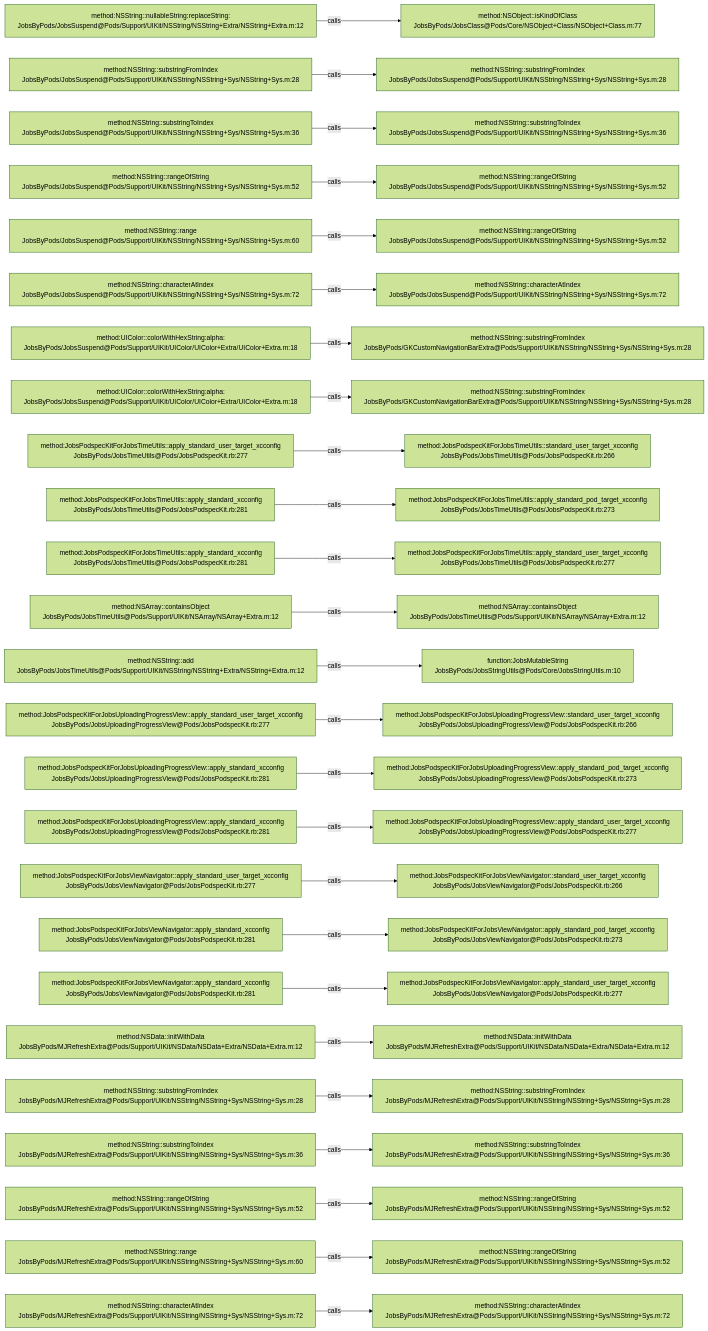
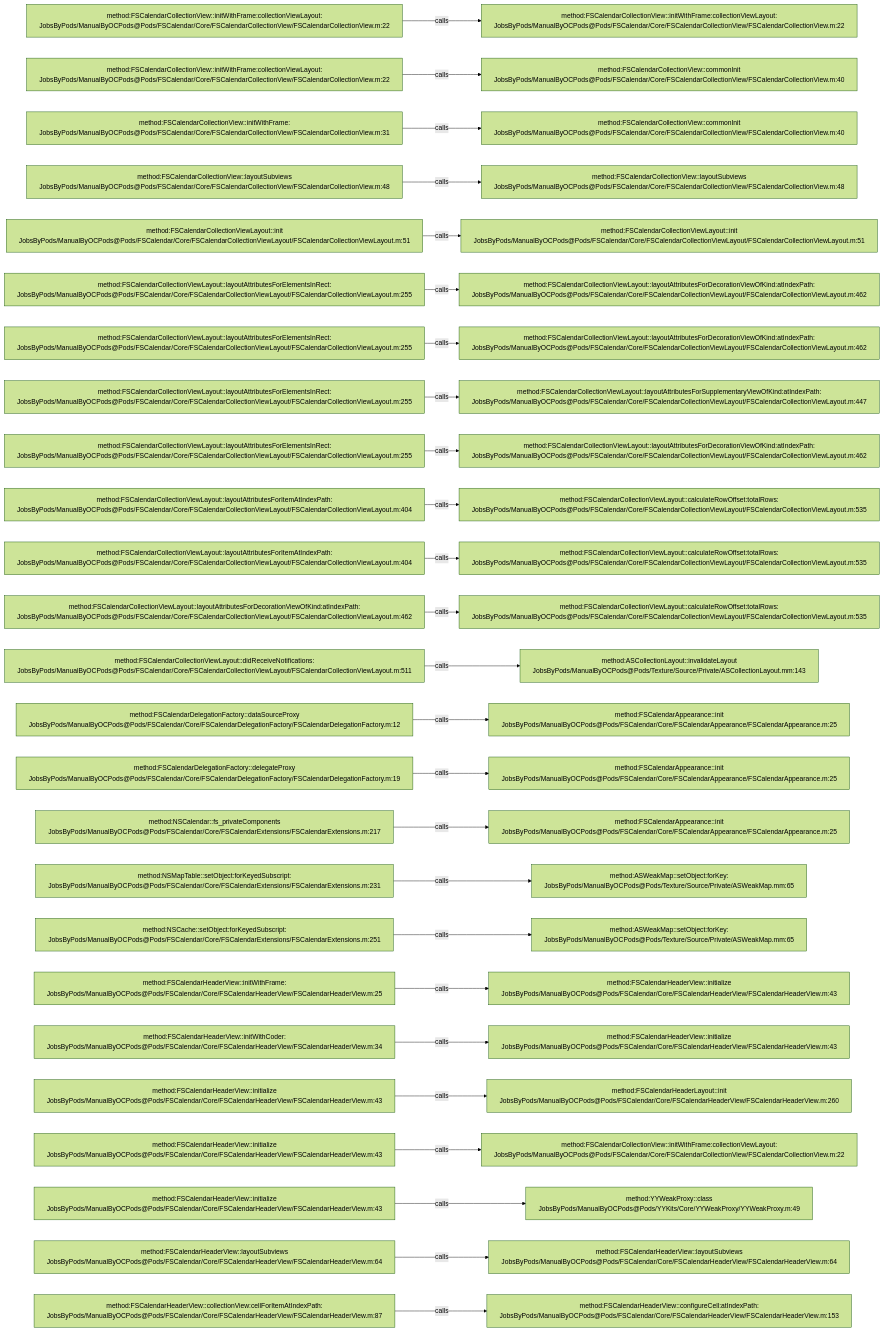
Before and after one commit to JobsKits/JobsOCBaseConfigDemo: the diagram in .codegraph/codegraph.md/graphs/calls-016.md, drawn with Mermaid (forest theme). The commit also changed 1353 other files, not shown here.

````diff
--- a/.codegraph/codegraph.md/graphs/calls-016.md
+++ b/.codegraph/codegraph.md/graphs/calls-016.md
@@ -13,78 +13,78 @@
 ```mermaid
 flowchart LR
-  S1["method:NSString::nullableString:replaceString:<br/>JobsByPods/JobsSuspend@Pods/Support/UIKit/NSString/NSString+Extra/NSString+Extra.m:12"]
-  T1["method:NSObject::isKindOfClass<br/>JobsByPods/JobsClass@Pods/Core/NSObject+Class/NSObject+Class.m:77"]
+  S1["method:FSCalendarCollectionView::initWithFrame:collectionViewLayout:<br/>JobsByPods/ManualByOCPods@Pods/FSCalendar/Core/FSCalendarCollectionView/FSCalendarCollectionView.m:22"]
+  T1["method:FSCalendarCollectionView::initWithFrame:collectionViewLayout:<br/>JobsByPods/ManualByOCPods@Pods/FSCalendar/Core/FSCalendarCollectionView/FSCalendarCollectionView.m:22"]
   S1 -->|calls| T1
-  S2["method:NSString::substringFromIndex<br/>JobsByPods/JobsSuspend@Pods/Support/UIKit/NSString/NSString+Sys/NSString+Sys.m:28"]
-  T2["method:NSString::substringFromIndex<br/>JobsByPods/JobsSuspend@Pods/Support/UIKit/NSString/NSString+Sys/NSString+Sys.m:28"]
+  S2["method:FSCalendarCollectionView::initWithFrame:collectionViewLayout:<br/>JobsByPods/ManualByOCPods@Pods/FSCalendar/Core/FSCalendarCollectionView/FSCalendarCollectionView.m:22"]
+  T2["method:FSCalendarCollectionView::commonInit<br/>JobsByPods/ManualByOCPods@Pods/FSCalendar/Core/FSCalendarCollectionView/FSCalendarCollectionView.m:40"]
   S2 -->|calls| T2
-  S3["method:NSString::substringToIndex<br/>JobsByPods/JobsSuspend@Pods/Support/UIKit/NSString/NSString+Sys/NSString+Sys.m:36"]
-  T3["method:NSString::substringToIndex<br/>JobsByPods/JobsSuspend@Pods/Support/UIKit/NSString/NSString+Sys/NSString+Sys.m:36"]
+  S3["method:FSCalendarCollectionView::initWithFrame:<br/>JobsByPods/ManualByOCPods@Pods/FSCalendar/Core/FSCalendarCollectionView/FSCalendarCollectionView.m:31"]
+  T3["method:FSCalendarCollectionView::commonInit<br/>JobsByPods/ManualByOCPods@Pods/FSCalendar/Core/FSCalendarCollectionView/FSCalendarCollectionView.m:40"]
   S3 -->|calls| T3
-  S4["method:NSString::rangeOfString<br/>JobsByPods/JobsSuspend@Pods/Support/UIKit/NSString/NSString+Sys/NSString+Sys.m:52"]
-  T4["method:NSString::rangeOfString<br/>JobsByPods/JobsSuspend@Pods/Support/UIKit/NSString/NSString+Sys/NSString+Sys.m:52"]
+  S4["method:FSCalendarCollectionView::layoutSubviews<br/>JobsByPods/ManualByOCPods@Pods/FSCalendar/Core/FSCalendarCollectionView/FSCalendarCollectionView.m:48"]
+  T4["method:FSCalendarCollectionView::layoutSubviews<br/>JobsByPods/ManualByOCPods@Pods/FSCalendar/Core/FSCalendarCollectionView/FSCalendarCollectionView.m:48"]
   S4 -->|calls| T4
-  S5["method:NSString::range<br/>JobsByPods/JobsSuspend@Pods/Support/UIKit/NSString/NSString+Sys/NSString+Sys.m:60"]
-  T5["method:NSString::rangeOfString<br/>JobsByPods/JobsSuspend@Pods/Support/UIKit/NSString/NSString+Sys/NSString+Sys.m:52"]
+  S5["method:FSCalendarCollectionViewLayout::init<br/>JobsByPods/ManualByOCPods@Pods/FSCalendar/Core/FSCalendarCollectionViewLayout/FSCalendarCollectionViewLayout.m:51"]
+  T5["method:FSCalendarCollectionViewLayout::init<br/>JobsByPods/ManualByOCPods@Pods/FSCalendar/Core/FSCalendarCollectionViewLayout/FSCalendarCollectionViewLayout.m:51"]
   S5 -->|calls| T5
-  S6["method:NSString::characterAtIndex<br/>JobsByPods/JobsSuspend@Pods/Support/UIKit/NSString/NSString+Sys/NSString+Sys.m:72"]
-  T6["method:NSString::characterAtIndex<br/>JobsByPods/JobsSuspend@Pods/Support/UIKit/NSString/NSString+Sys/NSString+Sys.m:72"]
+  S6["method:FSCalendarCollectionViewLayout::layoutAttributesForElementsInRect:<br/>JobsByPods/ManualByOCPods@Pods/FSCalendar/Core/FSCalendarCollectionViewLayout/FSCalendarCollectionViewLayout.m:255"]
+  T6["method:FSCalendarCollectionViewLayout::layoutAttributesForDecorationViewOfKind:atIndexPath:<br/>JobsByPods/ManualByOCPods@Pods/FSCalendar/Core/FSCalendarCollectionViewLayout/FSCalendarCollectionViewLayout.m:462"]
   S6 -->|calls| T6
-  S7["method:UIColor::colorWithHexString:alpha:<br/>JobsByPods/JobsSuspend@Pods/Support/UIKit/UIColor/UIColor+Extra/UIColor+Extra.m:18"]
-  T7["method:NSString::substringFromIndex<br/>JobsByPods/GKCustomNavigationBarExtra@Pods/Support/UIKit/NSString/NSString+Sys/NSString+Sys.m:28"]
+  S7["method:FSCalendarCollectionViewLayout::layoutAttributesForElementsInRect:<br/>JobsByPods/ManualByOCPods@Pods/FSCalendar/Core/FSCalendarCollectionViewLayout/FSCalendarCollectionViewLayout.m:255"]
+  T7["method:FSCalendarCollectionViewLayout::layoutAttributesForDecorationViewOfKind:atIndexPath:<br/>JobsByPods/ManualByOCPods@Pods/FSCalendar/Core/FSCalendarCollectionViewLayout/FSCalendarCollectionViewLayout.m:462"]
   S7 -->|calls| T7
-  S8["method:UIColor::colorWithHexString:alpha:<br/>JobsByPods/JobsSuspend@Pods/Support/UIKit/UIColor/UIColor+Extra/UIColor+Extra.m:18"]
-  T8["method:NSString::substringFromIndex<br/>JobsByPods/GKCustomNavigationBarExtra@Pods/Support/UIKit/NSString/NSString+Sys/NSString+Sys.m:28"]
+  S8["method:FSCalendarCollectionViewLayout::layoutAttributesForElementsInRect:<br/>JobsByPods/ManualByOCPods@Pods/FSCalendar/Core/FSCalendarCollectionViewLayout/FSCalendarCollectionViewLayout.m:255"]
+  T8["method:FSCalendarCollectionViewLayout::layoutAttributesForSupplementaryViewOfKind:atIndexPath:<br/>JobsByPods/ManualByOCPods@Pods/FSCalendar/Core/FSCalendarCollectionViewLayout/FSCalendarCollectionViewLayout.m:447"]
   S8 -->|calls| T8
-  S9["method:JobsPodspecKitForJobsTimeUtils::apply_standard_user_target_xcconfig<br/>JobsByPods/JobsTimeUtils@Pods/JobsPodspecKit.rb:277"]
-  T9["method:JobsPodspecKitForJobsTimeUtils::standard_user_target_xcconfig<br/>JobsByPods/JobsTimeUtils@Pods/JobsPodspecKit.rb:266"]
+  S9["method:FSCalendarCollectionViewLayout::layoutAttributesForElementsInRect:<br/>JobsByPods/ManualByOCPods@Pods/FSCalendar/Core/FSCalendarCollectionViewLayout/FSCalendarCollectionViewLayout.m:255"]
+  T9["method:FSCalendarCollectionViewLayout::layoutAttributesForDecorationViewOfKind:atIndexPath:<br/>JobsByPods/ManualByOCPods@Pods/FSCalendar/Core/FSCalendarCollectionViewLayout/FSCalendarCollectionViewLayout.m:462"]
   S9 -->|calls| T9
-  S10["method:JobsPodspecKitForJobsTimeUtils::apply_standard_xcconfig<br/>JobsByPods/JobsTimeUtils@Pods/JobsPodspecKit.rb:281"]
-  T10["method:JobsPodspecKitForJobsTimeUtils::apply_standard_pod_target_xcconfig<br/>JobsByPods/JobsTimeUtils@Pods/JobsPodspecKit.rb:273"]
+  S10["method:FSCalendarCollectionViewLayout::layoutAttributesForItemAtIndexPath:<br/>JobsByPods/ManualByOCPods@Pods/FSCalendar/Core/FSCalendarCollectionViewLayout/FSCalendarCollectionViewLayout.m:404"]
+  T10["method:FSCalendarCollectionViewLayout::calculateRowOffset:totalRows:<br/>JobsByPods/ManualByOCPods@Pods/FSCalendar/Core/FSCalendarCollectionViewLayout/FSCalendarCollectionViewLayout.m:535"]
   S10 -->|calls| T10
-  S11["method:JobsPodspecKitForJobsTimeUtils::apply_standard_xcconfig<br/>JobsByPods/JobsTimeUtils@Pods/JobsPodspecKit.rb:281"]
-  T11["method:JobsPodspecKitForJobsTimeUtils::apply_standard_user_target_xcconfig<br/>JobsByPods/JobsTimeUtils@Pods/JobsPodspecKit.rb:277"]
+  S11["method:FSCalendarCollectionViewLayout::layoutAttributesForItemAtIndexPath:<br/>JobsByPods/ManualByOCPods@Pods/FSCalendar/Core/FSCalendarCollectionViewLayout/FSCalendarCollectionViewLayout.m:404"]
+  T11["method:FSCalendarCollectionViewLayout::calculateRowOffset:totalRows:<br/>JobsByPods/ManualByOCPods@Pods/FSCalendar/Core/FSCalendarCollectionViewLayout/FSCalendarCollectionViewLayout.m:535"]
   S11 -->|calls| T11
-  S12["method:NSArray::containsObject<br/>JobsByPods/JobsTimeUtils@Pods/Support/UIKit/NSArray/NSArray+Extra.m:12"]
-  T12["method:NSArray::containsObject<br/>JobsByPods/JobsTimeUtils@Pods/Support/UIKit/NSArray/NSArray+Extra.m:12"]
+  S12["method:FSCalendarCollectionViewLayout::layoutAttributesForDecorationViewOfKind:atIndexPath:<br/>JobsByPods/ManualByOCPods@Pods/FSCalendar/Core/FSCalendarCollectionViewLayout/FSCalendarCollectionViewLayout.m:462"]
+  T12["method:FSCalendarCollectionViewLayout::calculateRowOffset:totalRows:<br/>JobsByPods/ManualByOCPods@Pods/FSCalendar/Core/FSCalendarCollectionViewLayout/FSCalendarCollectionViewLayout.m:535"]
   S12 -->|calls| T12
-  S13["method:NSString::add<br/>JobsByPods/JobsTimeUtils@Pods/Support/UIKit/NSString/NSString+Extra/NSString+Extra.m:12"]
-  T13["function:JobsMutableString<br/>JobsByPods/JobsStringUtils@Pods/Core/JobsStringUtils.m:10"]
+  S13["method:FSCalendarCollectionViewLayout::didReceiveNotifications:<br/>JobsByPods/ManualByOCPods@Pods/FSCalendar/Core/FSCalendarCollectionViewLayout/FSCalendarCollectionViewLayout.m:511"]
+  T13["method:ASCollectionLayout::invalidateLayout<br/>JobsByPods/ManualByOCPods@Pods/Texture/Source/Private/ASCollectionLayout.mm:143"]
   S13 -->|calls| T13
-  S14["method:JobsPodspecKitForJobsUploadingProgressView::apply_standard_user_target_xcconfig<br/>JobsByPods/JobsUploadingProgressView@Pods/JobsPodspecKit.rb:277"]
-  T14["method:JobsPodspecKitForJobsUploadingProgressView::standard_user_target_xcconfig<br/>JobsByPods/JobsUploadingProgressView@Pods/JobsPodspecKit.rb:266"]
+  S14["method:FSCalendarDelegationFactory::dataSourceProxy<br/>JobsByPods/ManualByOCPods@Pods/FSCalendar/Core/FSCalendarDelegationFactory/FSCalendarDelegationFactory.m:12"]
+  T14["method:FSCalendarAppearance::init<br/>JobsByPods/ManualByOCPods@Pods/FSCalendar/Core/FSCalendarAppearance/FSCalendarAppearance.m:25"]
   S14 -->|calls| T14
-  S15["method:JobsPodspecKitForJobsUploadingProgressView::apply_standard_xcconfig<br/>JobsByPods/JobsUploadingProgressView@Pods/JobsPodspecKit.rb:281"]
-  T15["method:JobsPodspecKitForJobsUploadingProgressView::apply_standard_pod_target_xcconfig<br/>JobsByPods/JobsUploadingProgressView@Pods/JobsPodspecKit.rb:273"]
+  S15["method:FSCalendarDelegationFactory::delegateProxy<br/>JobsByPods/ManualByOCPods@Pods/FSCalendar/Core/FSCalendarDelegationFactory/FSCalendarDelegationFactory.m:19"]
+  T15["method:FSCalendarAppearance::init<br/>JobsByPods/ManualByOCPods@Pods/FSCalendar/Core/FSCalendarAppearance/FSCalendarAppearance.m:25"]
   S15 -->|calls| T15
-  S16["method:JobsPodspecKitForJobsUploadingProgressView::apply_standard_xcconfig<br/>JobsByPods/JobsUploadingProgressView@Pods/JobsPodspecKit.rb:281"]
-  T16["method:JobsPodspecKitForJobsUploadingProgressView::apply_standard_user_target_xcconfig<br/>JobsByPods/JobsUploadingProgressView@Pods/JobsPodspecKit.rb:277"]
+  S16["method:NSCalendar::fs_privateComponents<br/>JobsByPods/ManualByOCPods@Pods/FSCalendar/Core/FSCalendarExtensions/FSCalendarExtensions.m:217"]
+  T16["method:FSCalendarAppearance::init<br/>JobsByPods/ManualByOCPods@Pods/FSCalendar/Core/FSCalendarAppearance/FSCalendarAppearance.m:25"]
   S16 -->|calls| T16
-  S17["method:JobsPodspecKitForJobsViewNavigator::apply_standard_user_target_xcconfig<br/>JobsByPods/JobsViewNavigator@Pods/JobsPodspecKit.rb:277"]
-  T17["method:JobsPodspecKitForJobsViewNavigator::standard_user_target_xcconfig<br/>JobsByPods/JobsViewNavigator@Pods/JobsPodspecKit.rb:266"]
+  S17["method:NSMapTable::setObject:forKeyedSubscript:<br/>JobsByPods/ManualByOCPods@Pods/FSCalendar/Core/FSCalendarExtensions/FSCalendarExtensions.m:231"]
+  T17["method:ASWeakMap::setObject:forKey:<br/>JobsByPods/ManualByOCPods@Pods/Texture/Source/Private/ASWeakMap.mm:65"]
   S17 -->|calls| T17
-  S18["method:JobsPodspecKitForJobsViewNavigator::apply_standard_xcconfig<br/>JobsByPods/JobsViewNavigator@Pods/JobsPodspecKit.rb:281"]
-  T18["method:JobsPodspecKitForJobsViewNavigator::apply_standard_pod_target_xcconfig<br/>JobsByPods/JobsViewNavigator@Pods/JobsPodspecKit.rb:273"]
+  S18["method:NSCache::setObject:forKeyedSubscript:<br/>JobsByPods/ManualByOCPods@Pods/FSCalendar/Core/FSCalendarExtensions/FSCalendarExtensions.m:251"]
+  T18["method:ASWeakMap::setObject:forKey:<br/>JobsByPods/ManualByOCPods@Pods/Texture/Source/Private/ASWeakMap.mm:65"]
   S18 -->|calls| T18
-  S19["method:JobsPodspecKitForJobsViewNavigator::apply_standard_xcconfig<br/>JobsByPods/JobsViewNavigator@Pods/JobsPodspecKit.rb:281"]
-  T19["method:JobsPodspecKitForJobsViewNavigator::apply_standard_user_target_xcconfig<br/>JobsByPods/JobsViewNavigator@Pods/JobsPodspecKit.rb:277"]
+  S19["method:FSCalendarHeaderView::initWithFrame:<br/>JobsByPods/ManualByOCPods@Pods/FSCalendar/Core/FSCalendarHeaderView/FSCalendarHeaderView.m:25"]
+  T19["method:FSCalendarHeaderView::initialize<br/>JobsByPods/ManualByOCPods@Pods/FSCalendar/Core/FSCalendarHeaderView/FSCalendarHeaderView.m:43"]
   S19 -->|calls| T19
-  S20["method:NSData::initWithData<br/>JobsByPods/MJRefreshExtra@Pods/Support/UIKit/NSData/NSData+Extra/NSData+Extra.m:12"]
-  T20["method:NSData::initWithData<br/>JobsByPods/MJRefreshExtra@Pods/Support/UIKit/NSData/NSData+Extra/NSData+Extra.m:12"]
+  S20["method:FSCalendarHeaderView::initWithCoder:<br/>JobsByPods/ManualByOCPods@Pods/FSCalendar/Core/FSCalendarHeaderView/FSCalendarHeaderView.m:34"]
+  T20["method:FSCalendarHeaderView::initialize<br/>JobsByPods/ManualByOCPods@Pods/FSCalendar/Core/FSCalendarHeaderView/FSCalendarHeaderView.m:43"]
   S20 -->|calls| T20
-  S21["method:NSString::substringFromIndex<br/>JobsByPods/MJRefreshExtra@Pods/Support/UIKit/NSString/NSString+Sys/NSString+Sys.m:28"]
-  T21["method:NSString::substringFromIndex<br/>JobsByPods/MJRefreshExtra@Pods/Support/UIKit/NSString/NSString+Sys/NSString+Sys.m:28"]
+  S21["method:FSCalendarHeaderView::initialize<br/>JobsByPods/ManualByOCPods@Pods/FSCalendar/Core/FSCalendarHeaderView/FSCalendarHeaderView.m:43"]
+  T21["method:FSCalendarHeaderLayout::init<br/>JobsByPods/ManualByOCPods@Pods/FSCalendar/Core/FSCalendarHeaderView/FSCalendarHeaderView.m:260"]
   S21 -->|calls| T21
-  S22["method:NSString::substringToIndex<br/>JobsByPods/MJRefreshExtra@Pods/Support/UIKit/NSString/NSString+Sys/NSString+Sys.m:36"]
-  T22["method:NSString::substringToIndex<br/>JobsByPods/MJRefreshExtra@Pods/Support/UIKit/NSString/NSString+Sys/NSString+Sys.m:36"]
+  S22["method:FSCalendarHeaderView::initialize<br/>JobsByPods/ManualByOCPods@Pods/FSCalendar/Core/FSCalendarHeaderView/FSCalendarHeaderView.m:43"]
+  T22["method:FSCalendarCollectionView::initWithFrame:collectionViewLayout:<br/>JobsByPods/ManualByOCPods@Pods/FSCalendar/Core/FSCalendarCollectionView/FSCalendarCollectionView.m:22"]
   S22 -->|calls| T22
-  S23["method:NSString::rangeOfString<br/>JobsByPods/MJRefreshExtra@Pods/Support/UIKit/NSString/NSString+Sys/NSString+Sys.m:52"]
-  T23["method:NSString::rangeOfString<br/>JobsByPods/MJRefreshExtra@Pods/Support/UIKit/NSString/NSString+Sys/NSString+Sys.m:52"]
+  S23["method:FSCalendarHeaderView::initialize<br/>JobsByPods/ManualByOCPods@Pods/FSCalendar/Core/FSCalendarHeaderView/FSCalendarHeaderView.m:43"]
+  T23["method:YYWeakProxy::class<br/>JobsByPods/ManualByOCPods@Pods/YYKits/Core/YYWeakProxy/YYWeakProxy.m:49"]
   S23 -->|calls| T23
-  S24["method:NSString::range<br/>JobsByPods/MJRefreshExtra@Pods/Support/UIKit/NSString/NSString+Sys/NSString+Sys.m:60"]
-  T24["method:NSString::rangeOfString<br/>JobsByPods/MJRefreshExtra@Pods/Support/UIKit/NSString/NSString+Sys/NSString+Sys.m:52"]
+  S24["method:FSCalendarHeaderView::layoutSubviews<br/>JobsByPods/ManualByOCPods@Pods/FSCalendar/Core/FSCalendarHeaderView/FSCalendarHeaderView.m:64"]
+  T24["method:FSCalendarHeaderView::layoutSubviews<br/>JobsByPods/ManualByOCPods@Pods/FSCalendar/Core/FSCalendarHeaderView/FSCalendarHeaderView.m:64"]
   S24 -->|calls| T24
-  S25["method:NSString::characterAtIndex<br/>JobsByPods/MJRefreshExtra@Pods/Support/UIKit/NSString/NSString+Sys/NSString+Sys.m:72"]
-  T25["method:NSString::characterAtIndex<br/>JobsByPods/MJRefreshExtra@Pods/Support/UIKit/NSString/NSString+Sys/NSString+Sys.m:72"]
+  S25["method:FSCalendarHeaderView::collectionView:cellForItemAtIndexPath:<br/>JobsByPods/ManualByOCPods@Pods/FSCalendar/Core/FSCalendarHeaderView/FSCalendarHeaderView.m:87"]
+  T25["method:FSCalendarHeaderView::configureCell:atIndexPath:<br/>JobsByPods/ManualByOCPods@Pods/FSCalendar/Core/FSCalendarHeaderView/FSCalendarHeaderView.m:153"]
   S25 -->|calls| T25
 ```
````
